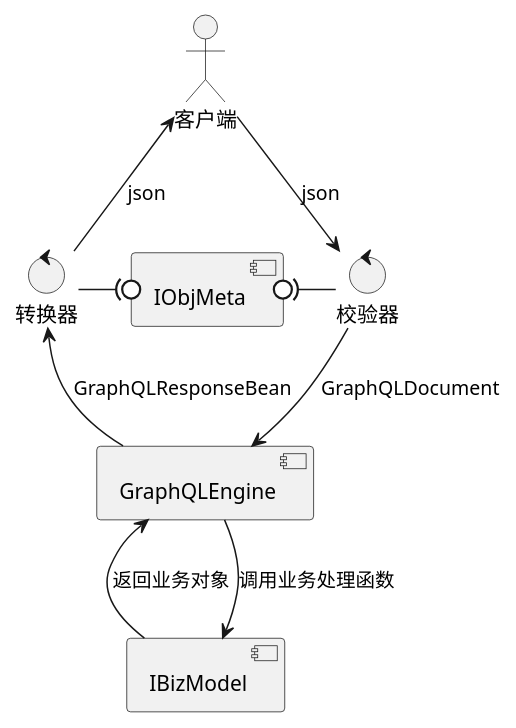
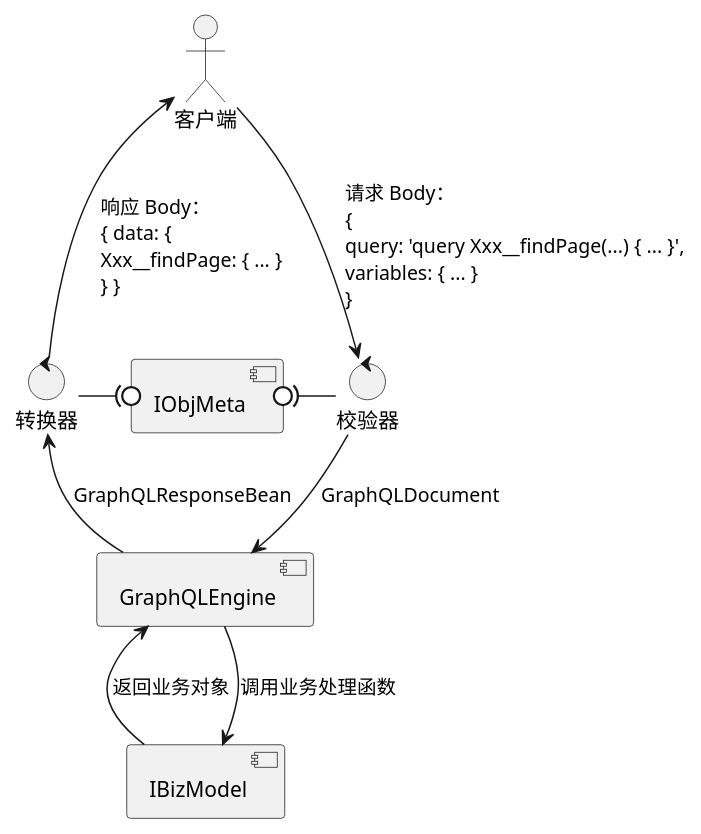
One commit to crazydan-studio/nop.crazydan.io changed the first of 7 diagrams in docs/400.implement/400.component/100.graphql.md. Above: the diagram before and after it, drawn with PlantUML. The commit also changed other lines of this file, not shown here.

````diff
--- a/docs/400.implement/400.component/100.graphql.md
+++ b/docs/400.implement/400.component/100.graphql.md
@@ -32,20 +40,20 @@
 ```plantuml
 actor "客户端" as client
 control "校验器" as validator
 component "GraphQLEngine" as engine
 component "IBizModel" as biz
 control "转换器" as transformer
 component "IObjMeta" as meta
 
-client -down-> validator: json
+client -down-> validator: 请求 Body：\l{\lquery: 'query Xxx__findPage(...) { ... }',\lvariables: { ... }\l}
 validator -down-> engine: GraphQLDocument
 
 engine -up-> transformer: GraphQLResponseBean
-transformer -up-> client: json
+transformer -up-> client: 响应 Body：\l{ data: {\lXxx__findPage: { ... }\l} }
 
 biz -up-> engine: 返回业务对象
 engine -down-> biz: 调用业务处理函数
 
 meta 0)-right- validator
 meta 0)-left- transformer
 ```
````
